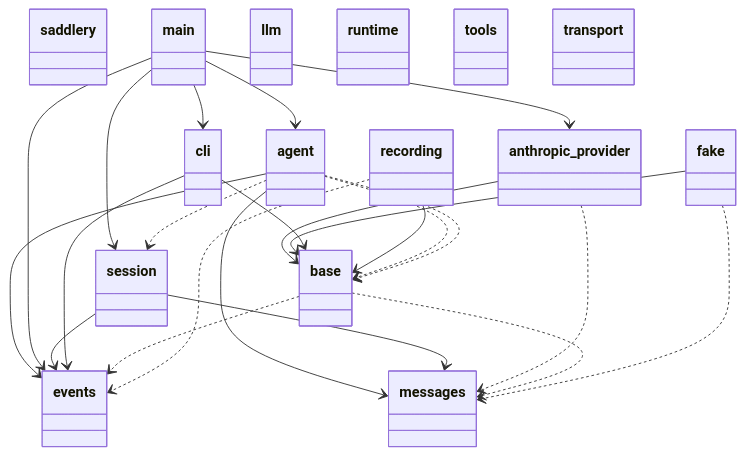
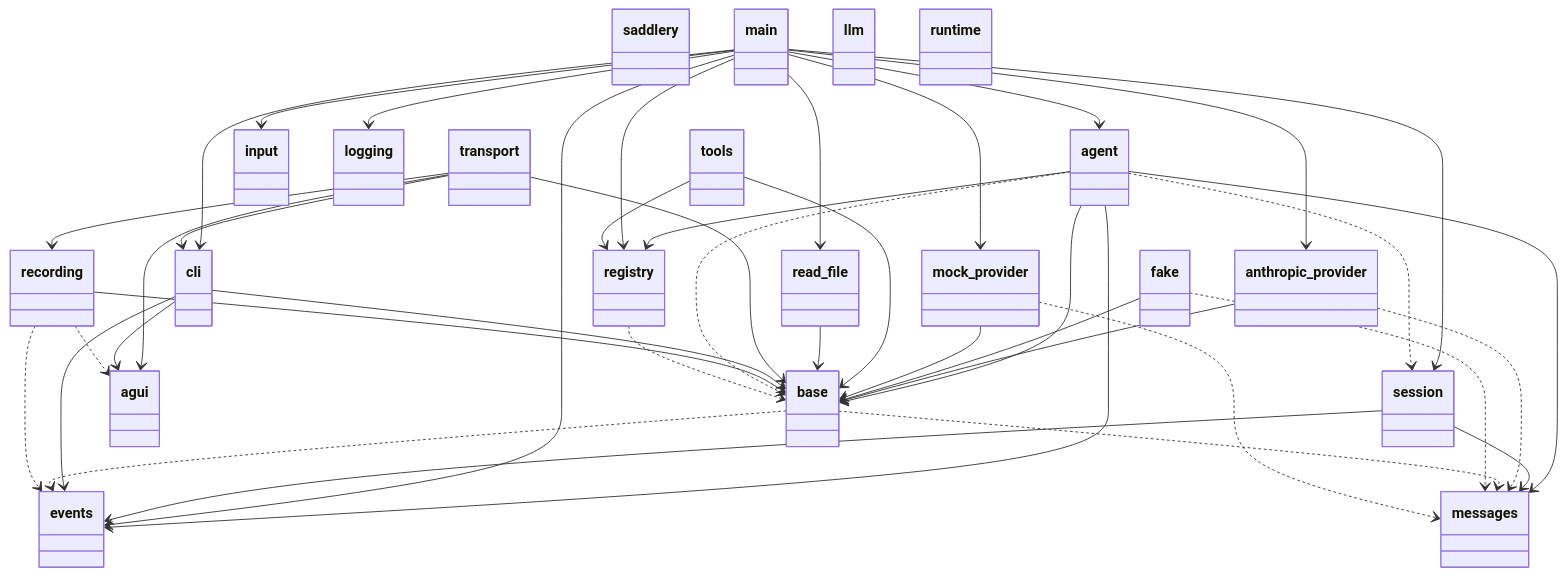
One commit to markmansour/agent-saddlery changed the diagram in docs/diagrams/packages-core.md. Above: the diagram before and after it, drawn with Mermaid. The commit also changed 10 other files, not shown here.

````diff
--- a/docs/diagrams/packages-core.md
+++ b/docs/diagrams/packages-core.md
@@ -9,6 +9,8 @@
   class agent {
   }
   class cli {
+  }
+  class input {
   }
   class main {
   }
@@ -22,6 +24,10 @@
   }
   class fake {
   }
+  class mock_provider {
+  }
+  class logging {
+  }
   class messages {
   }
   class runtime {
@@ -30,7 +36,15 @@
   }
   class tools {
   }
+  class base {
+  }
+  class read_file {
+  }
+  class registry {
+  }
   class transport {
+  }
+  class agui {
   }
   class base {
   }
@@ -39,25 +53,43 @@
   class recording {
   }
   agent --> events
+  agent --> base
   agent --> messages
+  agent --> registry
   main --> agent
+  main --> input
   main --> events
   main --> anthropic_provider
+  main --> mock_provider
+  main --> logging
   main --> session
+  main --> read_file
+  main --> registry
   main --> cli
   anthropic_provider --> base
   fake --> base
+  mock_provider --> base
   session --> events
   session --> messages
+  tools --> base
+  tools --> registry
+  read_file --> base
+  transport --> agui
+  transport --> base
+  transport --> cli
+  transport --> recording
   cli --> events
+  cli --> agui
   cli --> base
   recording --> base
-  agent ..> base
   agent ..> session
   agent ..> base
   anthropic_provider ..> messages
   base ..> messages
   fake ..> messages
+  mock_provider ..> messages
+  registry ..> base
   base ..> events
   recording ..> events
+  recording ..> agui
 ```
````
